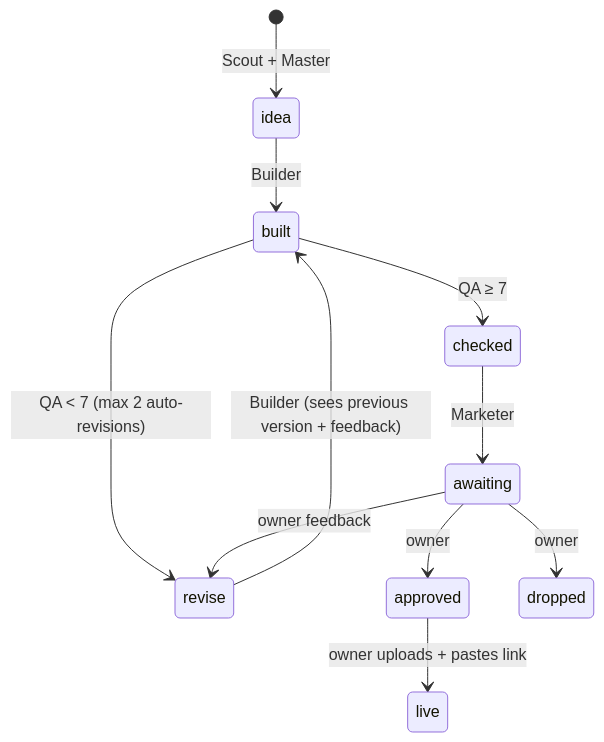
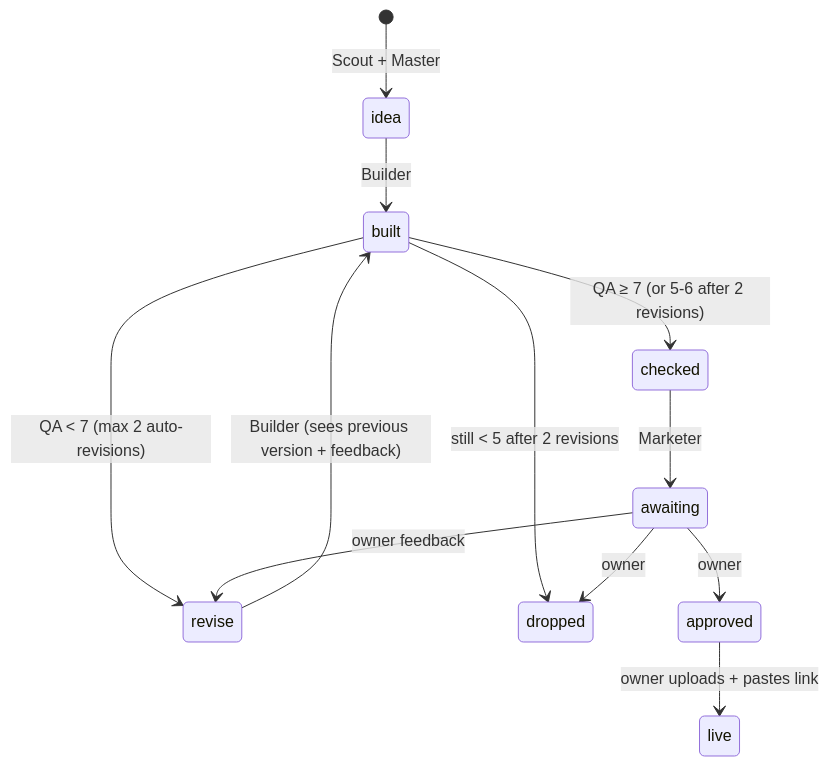
Before and after one commit to chrisscifi/agent-office: the second of 2 diagrams in README.md, drawn with Mermaid. The commit also changed other lines of this file and 5 other files, not shown here.

````diff
--- a/README.md
+++ b/README.md
@@ -65,13 +66,14 @@
 ```mermaid
 stateDiagram-v2
     [*] --> idea: Scout + Master
     idea --> built: Builder
     built --> revise: QA < 7 (max 2 auto-revisions)
     revise --> built: Builder (sees previous version + feedback)
-    built --> checked: QA ≥ 7
+    built --> checked: QA ≥ 7 (or 5-6 after 2 revisions)
+    built --> dropped: still < 5 after 2 revisions
     checked --> awaiting: Marketer
     awaiting --> approved: owner
     awaiting --> revise: owner feedback
     awaiting --> dropped: owner
     approved --> live: owner uploads + pastes link
 ```
````
